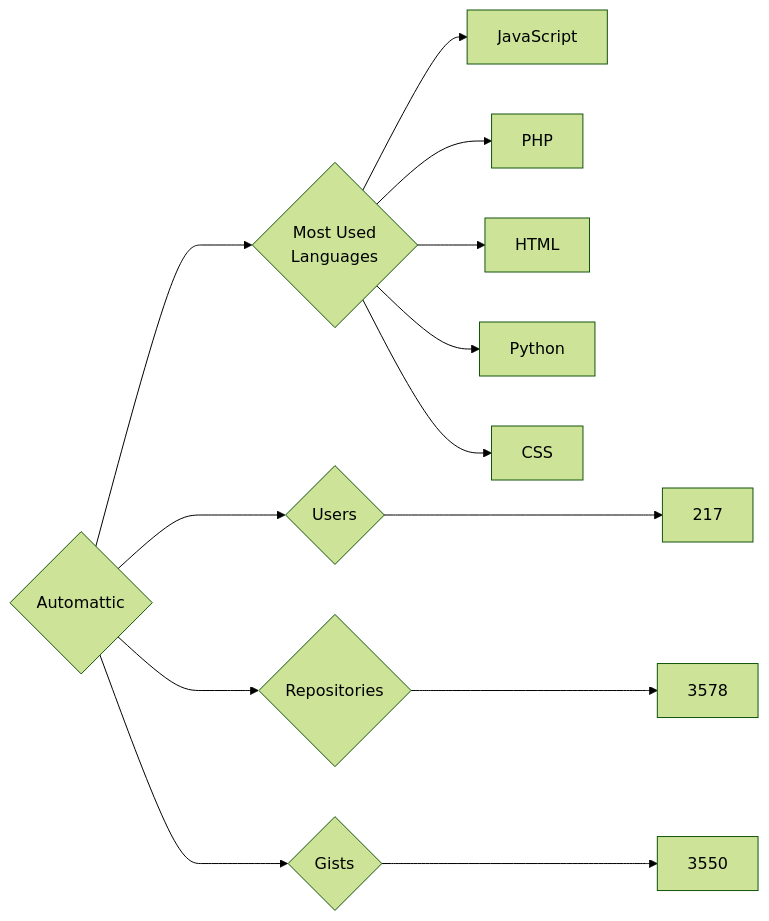
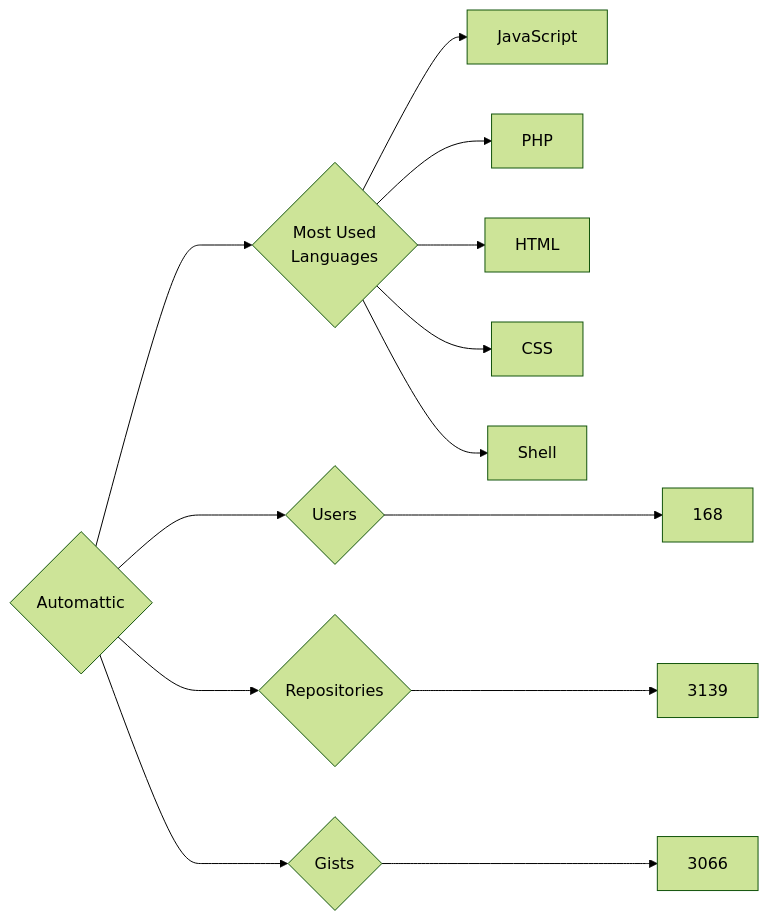
Before and after one commit to trickest/insiders: the diagram in targets/Automattic/README.md, drawn with Mermaid (forest theme). The commit also changed 894 other files, not shown here.

````diff
--- a/targets/Automattic/README.md
+++ b/targets/Automattic/README.md
@@ -3,13 +3,13 @@
 ```mermaid
 graph LR
 COMPANY_NAME{Automattic}
-COMPANY_NAME ---> U{Users} ---> UN[217]
-COMPANY_NAME ---> R{Repositories} ---> RN[3578]
-COMPANY_NAME ---> G{Gists} ---> GN[3550]
+COMPANY_NAME ---> U{Users} ---> UN[168]
+COMPANY_NAME ---> R{Repositories} ---> RN[3139]
+COMPANY_NAME ---> G{Gists} ---> GN[3066]
 COMPANY_NAME ---> ML{Most Used<br>Languages}
 ML --> JavaScript[JavaScript]
 ML --> PHP[PHP]
 ML --> HTML[HTML]
-ML --> Python[Python]
 ML --> CSS[CSS]
+ML --> Shell[Shell]
 ```
````
